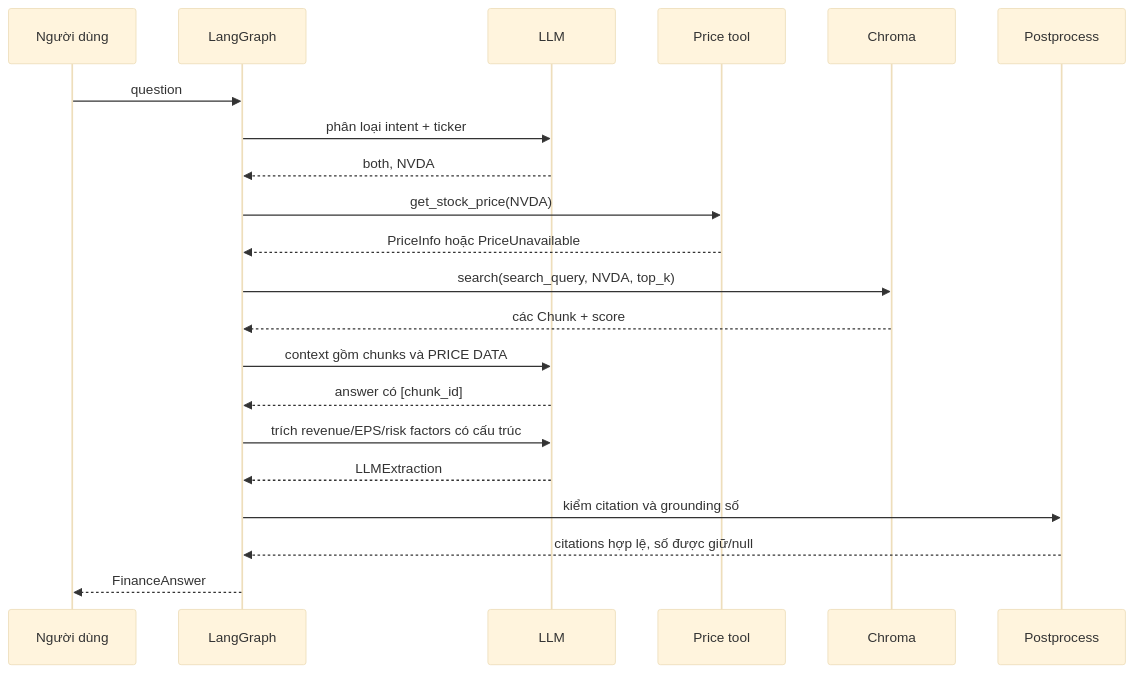
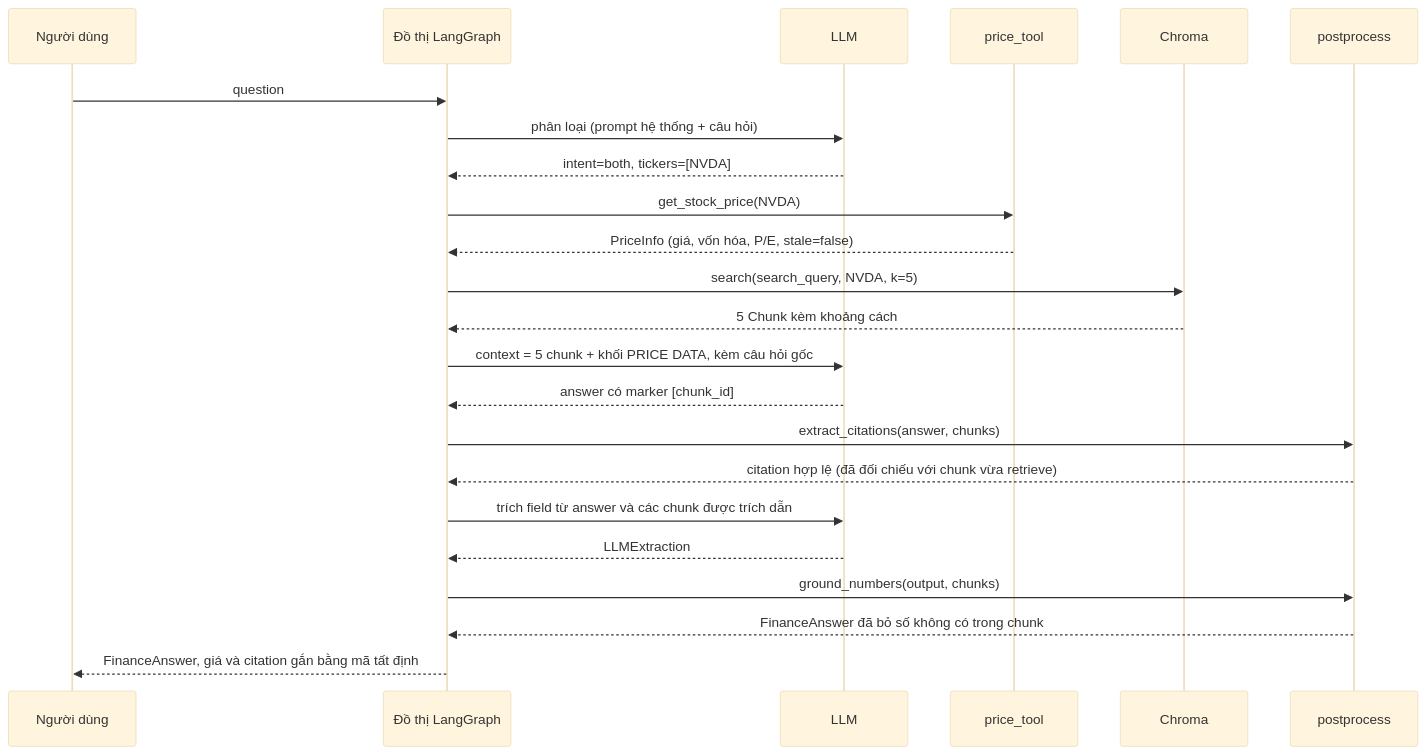
One commit to thanhpt-25/LangChain changed the fifth of 8 diagrams in docs/ARCHITECTURE.md. Above: the diagram before and after it, drawn with Mermaid (base theme). The commit also changed other lines of this file, not shown here.

Commit message:
docs: rewrite ARCHITECTURE with clearer component, control-flow and data-flow diagrams

````diff
--- a/docs/ARCHITECTURE.md
+++ b/docs/ARCHITECTURE.md
@@ -176,24 +187,26 @@
 ```mermaid
 sequenceDiagram
     participant U as Người dùng
-    participant G as LangGraph
+    participant G as Đồ thị LangGraph
     participant L as LLM
-    participant P as Price tool
+    participant P as price_tool
     participant V as Chroma
-    participant X as Postprocess
+    participant X as postprocess
 
     U->>G: question
-    G->>L: phân loại intent + ticker
-    L-->>G: both, NVDA
+    G->>L: phân loại (prompt hệ thống + câu hỏi)
+    L-->>G: intent=both, tickers=[NVDA]
     G->>P: get_stock_price(NVDA)
-    P-->>G: PriceInfo hoặc PriceUnavailable
-    G->>V: search(search_query, NVDA, top_k)
-    V-->>G: các Chunk + score
-    G->>L: context gồm chunks và PRICE DATA
-    L-->>G: answer có [chunk_id]
-    G->>L: trích revenue/EPS/risk factors có cấu trúc
+    P-->>G: PriceInfo (giá, vốn hóa, P/E, stale=false)
+    G->>V: search(search_query, NVDA, k=5)
+    V-->>G: 5 Chunk kèm khoảng cách
+    G->>L: context = 5 chunk + khối PRICE DATA, kèm câu hỏi gốc
+    L-->>G: answer có marker [chunk_id]
+    G->>X: extract_citations(answer, chunks)
+    X-->>G: citation hợp lệ (đã đối chiếu với chunk vừa retrieve)
+    G->>L: trích field từ answer và các chunk được trích dẫn
     L-->>G: LLMExtraction
-    G->>X: kiểm citation và grounding số
-    X-->>G: citations hợp lệ, số được giữ/null
-    G-->>U: FinanceAnswer
+    G->>X: ground_numbers(output, chunks)
+    X-->>G: FinanceAnswer đã bỏ số không có trong chunk
+    G-->>U: FinanceAnswer, giá và citation gắn bằng mã tất định
 ```
````
